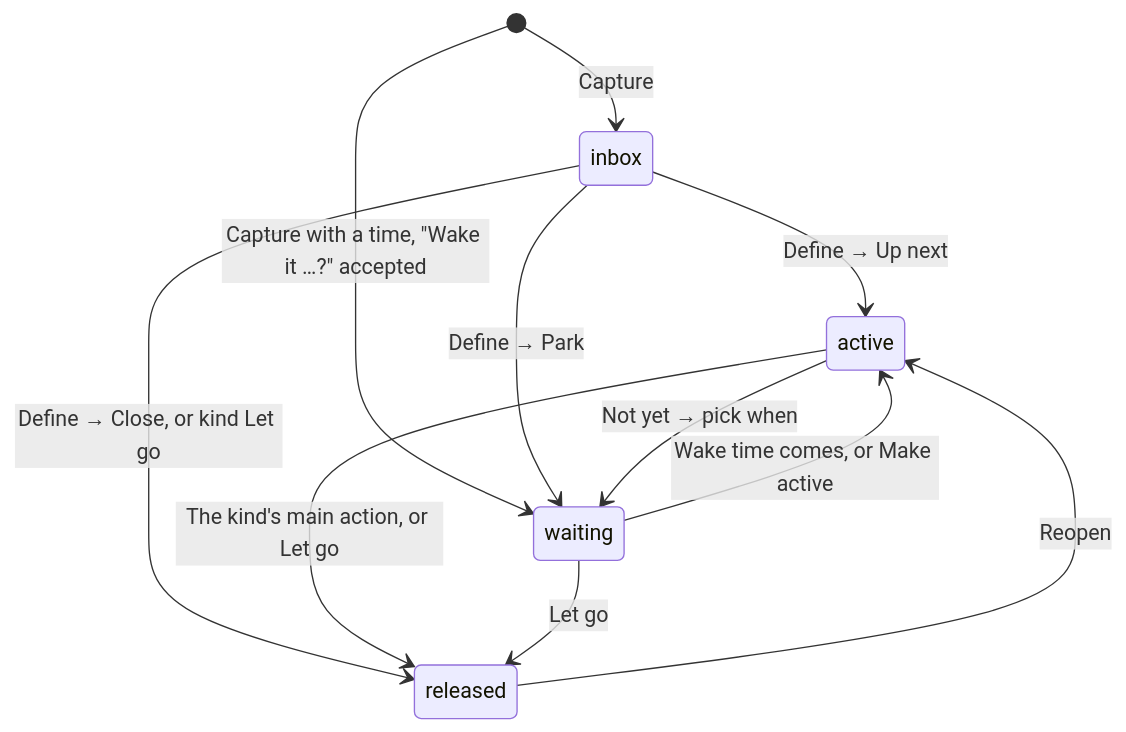
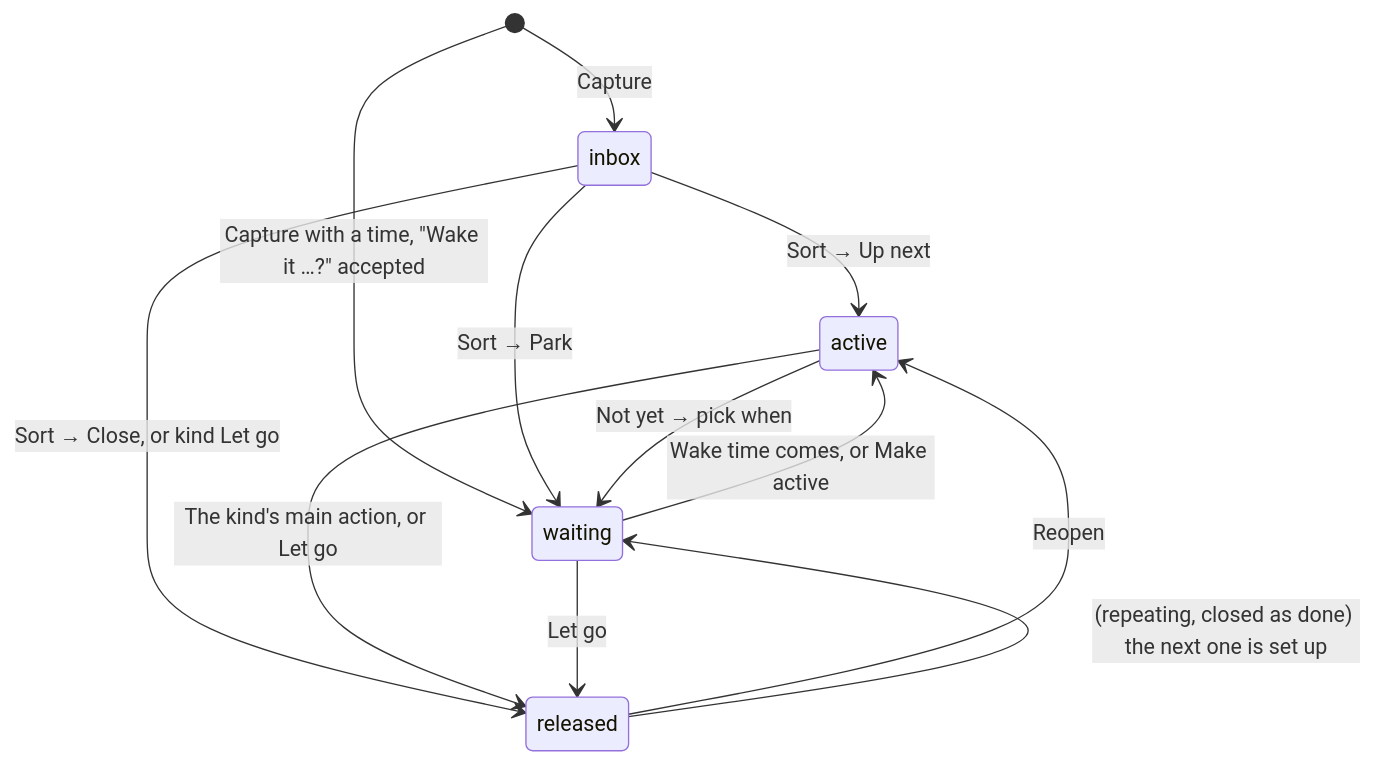
Before and after one commit to hamzasaleem021/open-loops: the diagram in docs/loop-behavior.md, drawn with Mermaid. The commit also changed other lines of this file and 3 other files, not shown here.

````diff
--- a/docs/loop-behavior.md
+++ b/docs/loop-behavior.md
@@ -56,13 +63,14 @@
 ```mermaid
 stateDiagram-v2
   [*] --> inbox: Capture
   [*] --> waiting: Capture with a time, "Wake it …?" accepted
-  inbox --> active: Define → Up next
-  inbox --> waiting: Define → Park
-  inbox --> released: Define → Close, or kind Let go
+  inbox --> active: Sort → Up next
+  inbox --> waiting: Sort → Park
+  inbox --> released: Sort → Close, or kind Let go
   active --> waiting: Not yet → pick when
   waiting --> active: Wake time comes, or Make active
   active --> released: The kind's main action, or Let go
   waiting --> released: Let go
   released --> active: Reopen
+  released --> waiting: (repeating, closed as done) the next one is set up
 ```
````
